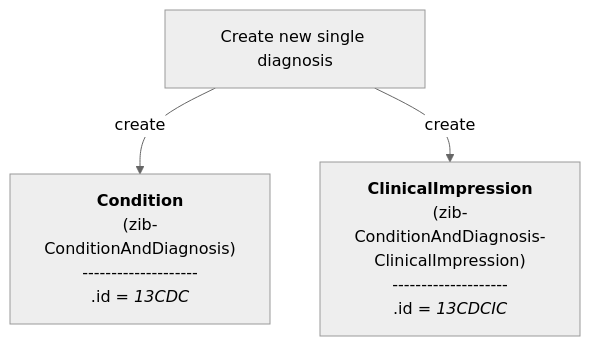
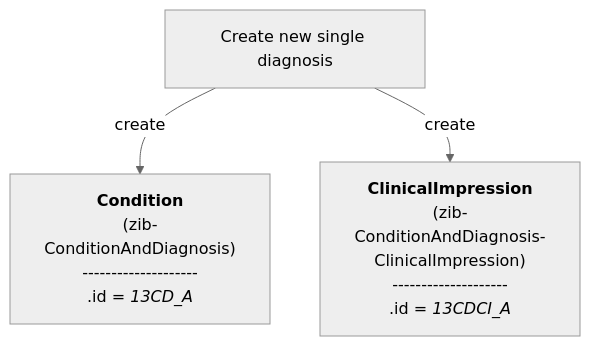
Before and after one commit to Nictiz/Nictiz-R4-zib2024: diagram 15 of 16 in documentation/Condition-Diagnosis-Symptom.md, drawn with Mermaid (neutral theme). The commit also changed other lines of this file, not shown here.

````diff
--- a/documentation/Condition-Diagnosis-Symptom.md
+++ b/documentation/Condition-Diagnosis-Symptom.md
@@ -557,26 +542,26 @@
 ```mermaid
 flowchart TB
 
 CreateDiagnosis["`Create new single diagnosis`"]
 
-    CD_C["`
+    CD_A["`
             **Condition**
             (zib-ConditionAndDiagnosis)
             --------------------
-            .id = _13CDC_
+            .id = _13CD_A_
         `"] 
-    CDCI_C["`
+    CDCI_A["`
         **ClinicalImpression**
         (zib-ConditionAndDiagnosis-ClinicalImpression)
         --------------------
-        .id = _13CDCIC_
+        .id = _13CDCI_A_
         `"] 
 
    
-    CD_C:::Ash
-    CDCI_C:::Ash
+    CD_A:::Ash
+    CDCI_A:::Ash
     classDef Ash stroke-width:1px, stroke-dasharray:none, stroke:#999999, fill:#EEEEEE, color:#000000
 
-CreateDiagnosis -- create --> CD_C
-CreateDiagnosis -- create --> CDCI_C
+CreateDiagnosis -- create --> CD_A
+CreateDiagnosis -- create --> CDCI_A
 ```
````
